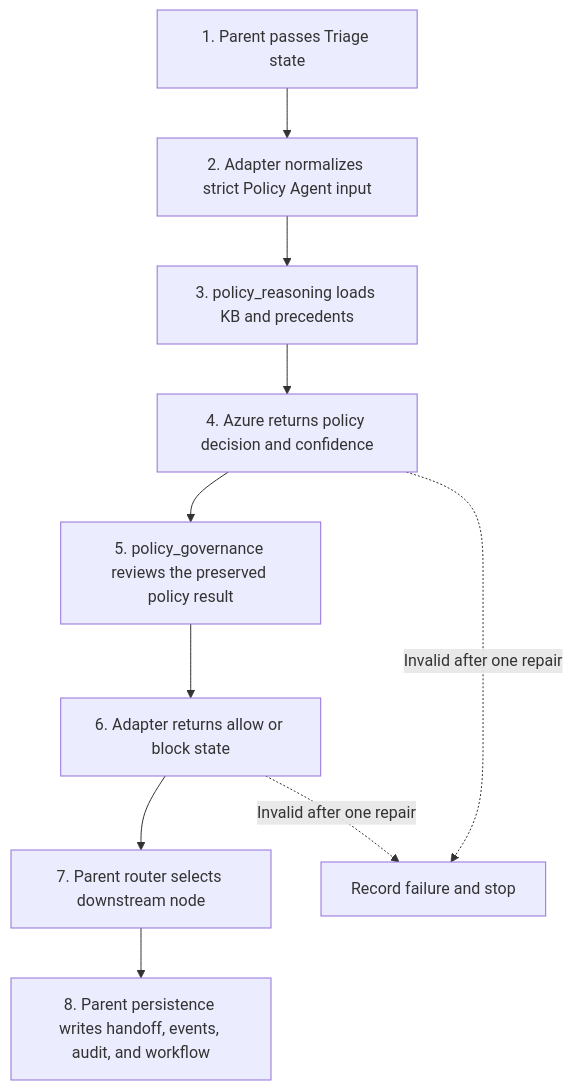
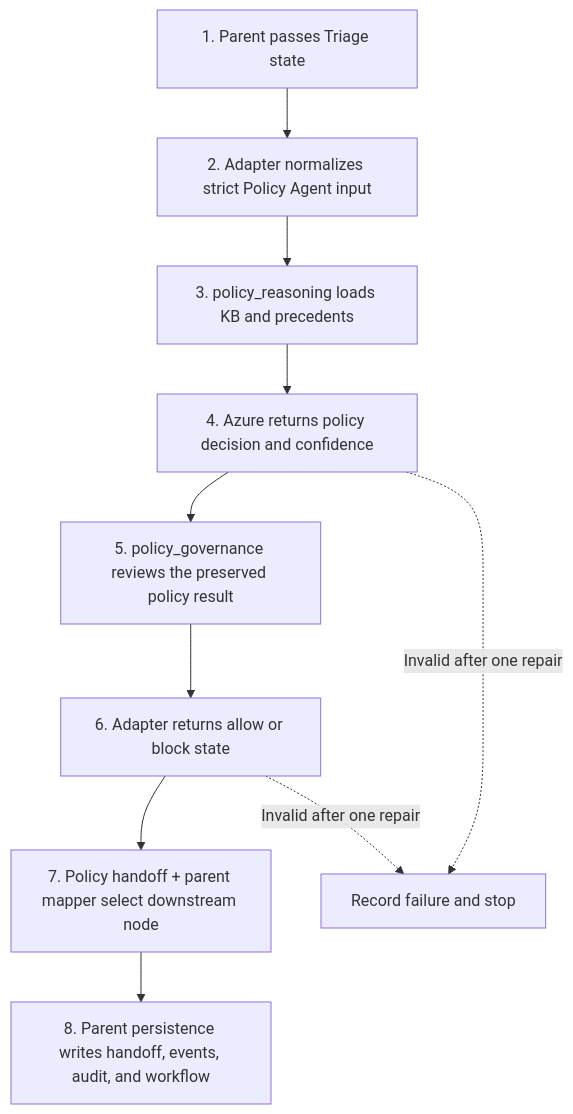
The first of 2 diagrams in agents/policy/README.md (ChenSpike/customer-refund-service), drawn with Mermaid before and after one commit. The commit also changed other lines of this file and 13 other files, not shown here.

Commit message:
refactor: refine graph orchestration and state mapping

````diff
--- a/agents/policy/README.md
+++ b/agents/policy/README.md
@@ -49,12 +49,12 @@
 ```mermaid
 flowchart TD
     A["1. Parent passes Triage state"] --> B["2. Adapter normalizes strict Policy Agent input"]
     B --> C["3. policy_reasoning loads KB and precedents"]
     C --> D["4. Azure returns policy decision and confidence"]
     D --> E["5. policy_governance reviews the preserved policy result"]
     E --> F["6. Adapter returns allow or block state"]
-    F --> G["7. Parent router selects downstream node"]
+    F --> G["7. Policy handoff + parent mapper select downstream node"]
     G --> H["8. Parent persistence writes handoff, events, audit, and workflow"]
     D -. "Invalid after one repair" .-> X["Record failure and stop"]
     F -. "Invalid after one repair" .-> X
 ```
````
